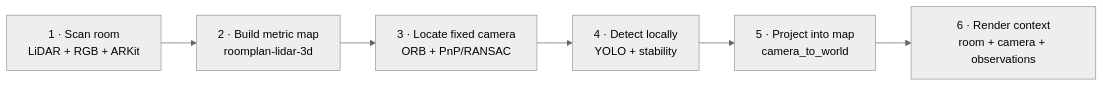
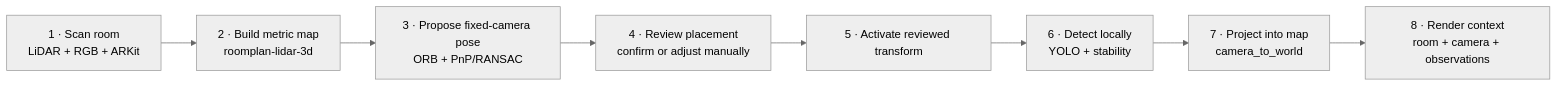
Diagram 11 of 11 in pages/architecture/lidar-mapping-visual-guide.md (0xbiel/one-docs), drawn with Mermaid (neutral theme) before and after one commit. The commit also changed other lines of this file and 3 other files, not shown here.

Commit message:
Document camera placement review flow

````diff
--- a/pages/architecture/lidar-mapping-visual-guide.md
+++ b/pages/architecture/lidar-mapping-visual-guide.md
@@ -269,8 +324,10 @@
 ```mermaid
 flowchart LR
     scan["1 · Scan room<br/>LiDAR + RGB + ARKit"] --> map["2 · Build metric map<br/>roomplan-lidar-3d"]
-    map --> localize["3 · Locate fixed camera<br/>ORB + PnP/RANSAC"]
-    localize --> detect["4 · Detect locally<br/>YOLO + stability"]
-    detect --> project["5 · Project into map<br/>camera_to_world"]
-    project --> understand["6 · Render context<br/>room + camera + observations"]
+    map --> localize["3 · Propose fixed-camera pose<br/>ORB + PnP/RANSAC"]
+    localize --> review["4 · Review placement<br/>confirm or adjust manually"]
+    review --> activate["5 · Activate reviewed transform"]
+    activate --> detect["6 · Detect locally<br/>YOLO + stability"]
+    detect --> project["7 · Project into map<br/>camera_to_world"]
+    project --> understand["8 · Render context<br/>room + camera + observations"]
 ```
````
